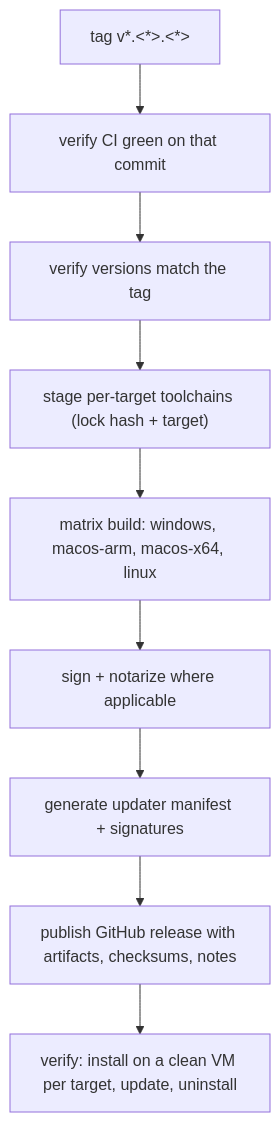
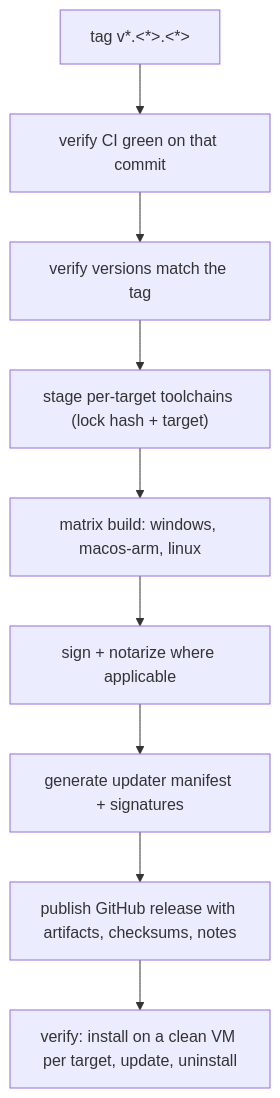
The second of 2 diagrams in docs/plan/05-ci.md (Av1ation-Association/Av1ation-Station), drawn with Mermaid before and after one commit. The commit also changed other lines of this file and 22 other files, not shown here.

````diff
--- a/docs/plan/05-ci.md
+++ b/docs/plan/05-ci.md
@@ -357,11 +356,11 @@
 ```mermaid
 flowchart TB
     A["tag v*.<*>.<*>"] --> B["verify CI green on that commit"]
     B --> C["verify versions match the tag"]
     C --> TC["stage per-target toolchains (lock hash + target)"]
-    TC --> D["matrix build: windows, macos-arm, macos-x64, linux"]
+    TC --> D["matrix build: windows, macos-arm, linux"]
     D --> E["sign + notarize where applicable"]
     E --> F["generate updater manifest + signatures"]
     F --> G["publish GitHub release with artifacts, checksums, notes"]
     G --> H["verify: install on a clean VM per target, update, uninstall"]
 ```
````
